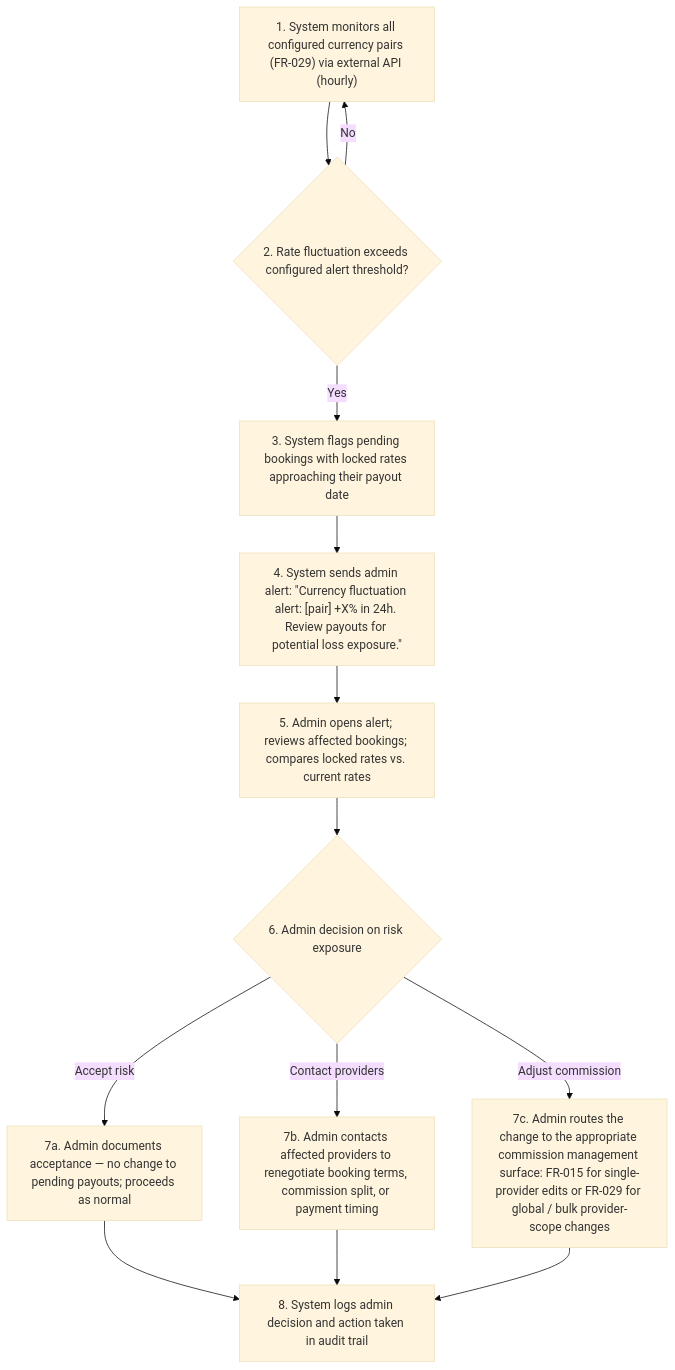
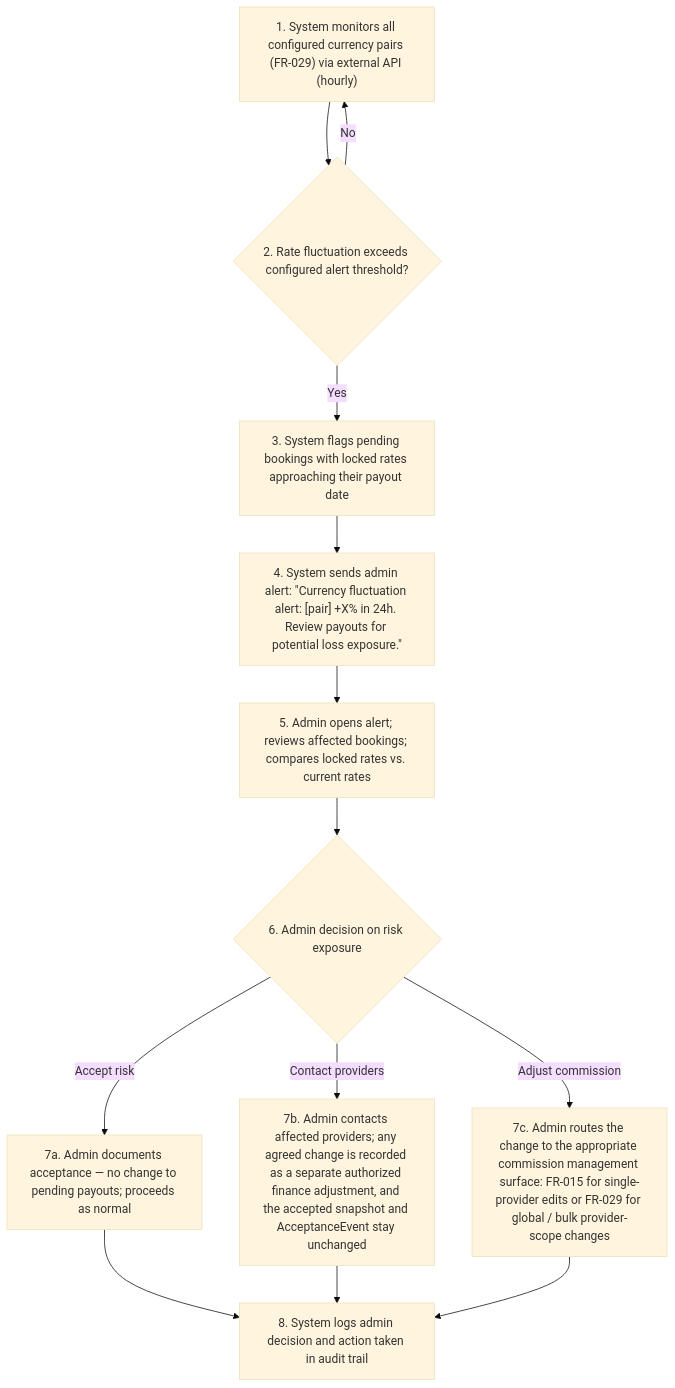
The fifth of 6 diagrams in project-requirements/functional-requirements/fr017-admin-billing-finance/prd.md (joachimtrungtuan/hairline-pm-docs), drawn with Mermaid (base theme) before and after one commit. The commit also changed other lines of this file and 15 other files, not shown here.

Commit message:
docs(payments): align commission, promotion and currency rules with accepted price

````diff
--- a/project-requirements/functional-requirements/fr017-admin-billing-finance/prd.md
+++ b/project-requirements/functional-requirements/fr017-admin-billing-finance/prd.md
@@ -254,15 +255,15 @@
 ```mermaid
 flowchart TD
   B3S1["1. System monitors all configured currency pairs (FR-029) via external API (hourly)"] --> B3S2{"2. Rate fluctuation exceeds configured alert threshold?"}
   B3S2 -->|"No"| B3S1
   B3S2 -->|"Yes"| B3S3["3. System flags pending bookings with locked rates approaching their payout date"]
   B3S3 --> B3S4["4. System sends admin alert: &quot;Currency fluctuation alert: [pair] +X% in 24h. Review payouts for potential loss exposure.&quot;"]
   B3S4 --> B3S5["5. Admin opens alert; reviews affected bookings; compares locked rates vs. current rates"]
   B3S5 --> B3S6{"6. Admin decision on risk exposure"}
   B3S6 -->|"Accept risk"| B3S7A["7a. Admin documents acceptance — no change to pending payouts; proceeds as normal"]
-  B3S6 -->|"Contact providers"| B3S7B["7b. Admin contacts affected providers to renegotiate booking terms, commission split, or payment timing"]
+  B3S6 -->|"Contact providers"| B3S7B["7b. Admin contacts affected providers; any agreed change is recorded as a separate authorized finance adjustment, and the accepted snapshot and AcceptanceEvent stay unchanged"]
   B3S6 -->|"Adjust commission"| B3S7C["7c. Admin routes the change to the appropriate commission management surface: FR-015 for single-provider edits or FR-029 for global / bulk provider-scope changes"]
   B3S7A --> B3S8["8. System logs admin decision and action taken in audit trail"]
   B3S7B --> B3S8
   B3S7C --> B3S8
 ```
````
